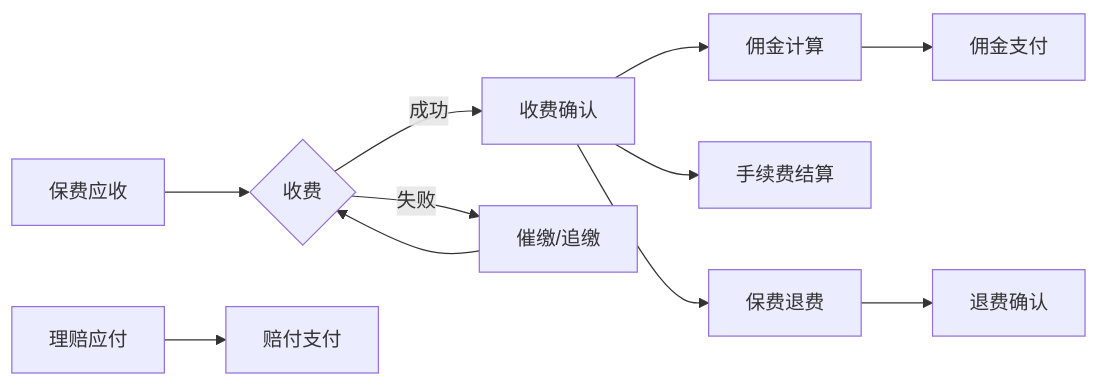
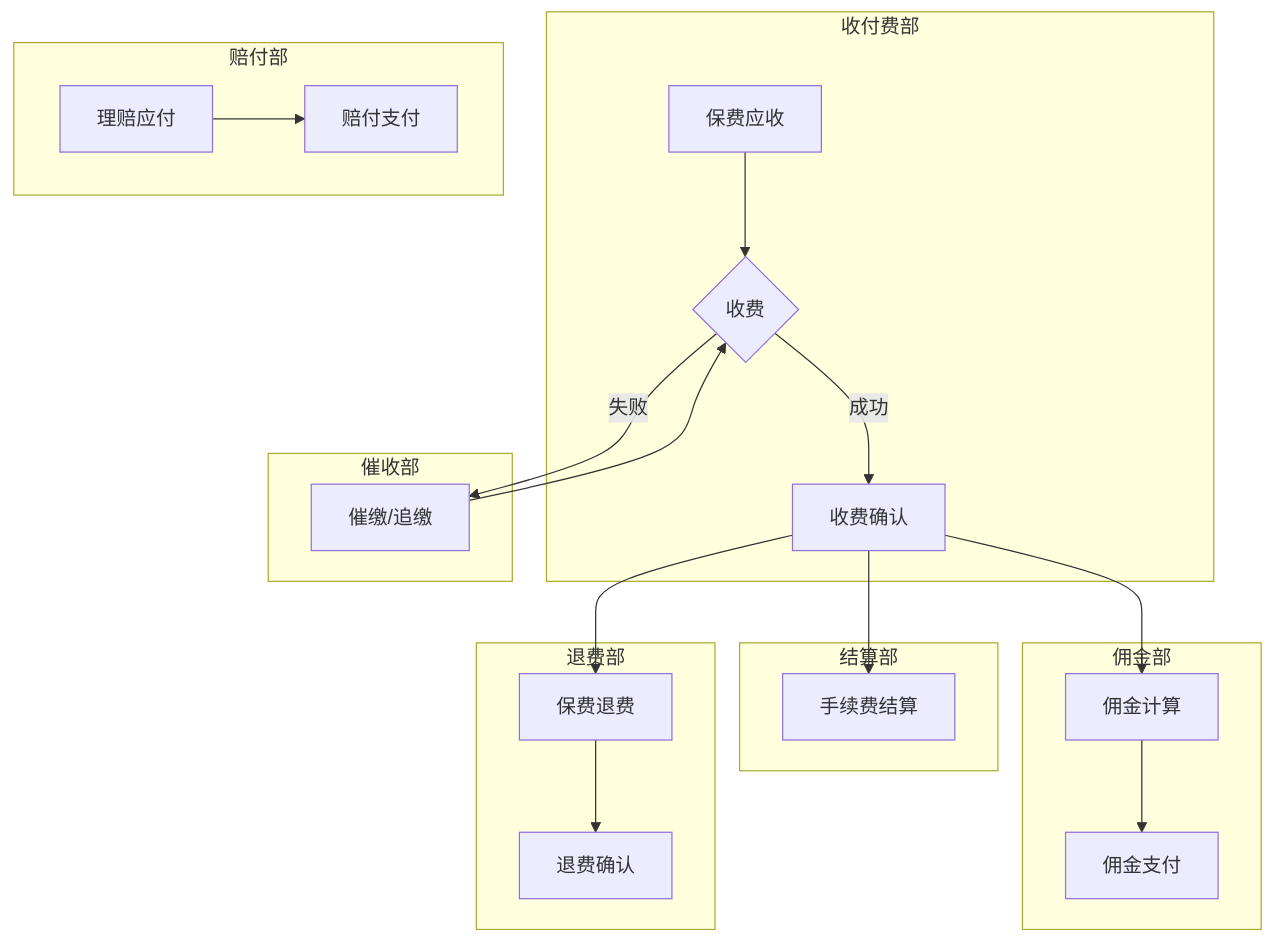
The third of 9 diagrams in Data-Profiling/references/insurance-examples.md (Niliria/data-skills), drawn with Mermaid before and after one commit. The commit also changed other lines of this file and 8 other files, not shown here.

````diff
--- a/Data-Profiling/references/insurance-examples.md
+++ b/Data-Profiling/references/insurance-examples.md
@@ -75,13 +131,36 @@
 ```mermaid
-flowchart LR
-    A[保费应收] --> B{收费}
-    B -->|成功| C[收费确认]
-    B -->|失败| B1[催缴/追缴]
+flowchart TB
+    subgraph 收付费部
+        A[保费应收]
+        B{收费}
+        C[收费确认]
+    end
+    subgraph 催收部
+        B1[催缴/追缴]
+    end
+    subgraph 佣金部
+        D[佣金计算]
+        E[佣金支付]
+    end
+    subgraph 结算部
+        F[手续费结算]
+    end
+    subgraph 赔付部
+        G[理赔应付]
+        H[赔付支付]
+    end
+    subgraph 退费部
+        I[保费退费]
+        J[退费确认]
+    end
+    A --> B
+    B -->|成功| C
+    B -->|失败| B1
     B1 --> B
-    C --> D[佣金计算]
-    D --> E[佣金支付]
-    C --> F[手续费结算]
-    G[理赔应付] --> H[赔付支付]
-    C --> I[保费退费]
-    I --> J[退费确认]
+    C --> D
+    D --> E
+    C --> F
+    G --> H
+    C --> I
+    I --> J
 ```
````
